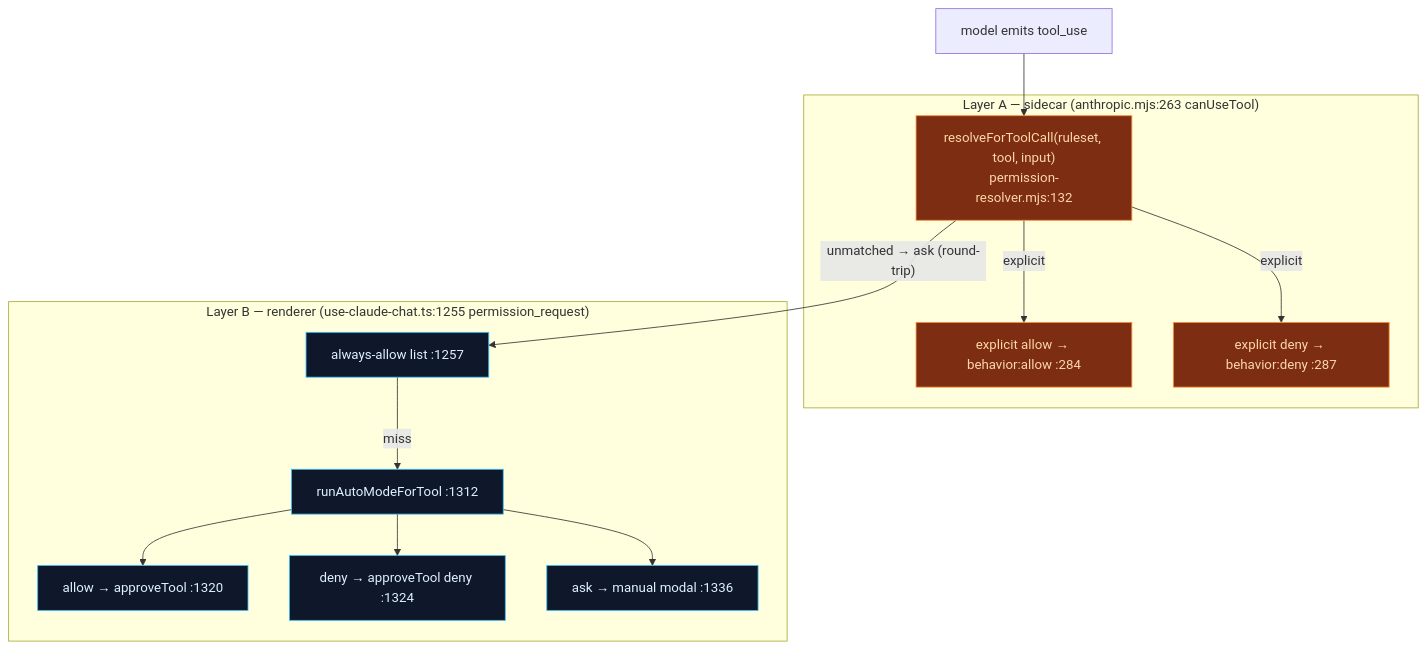
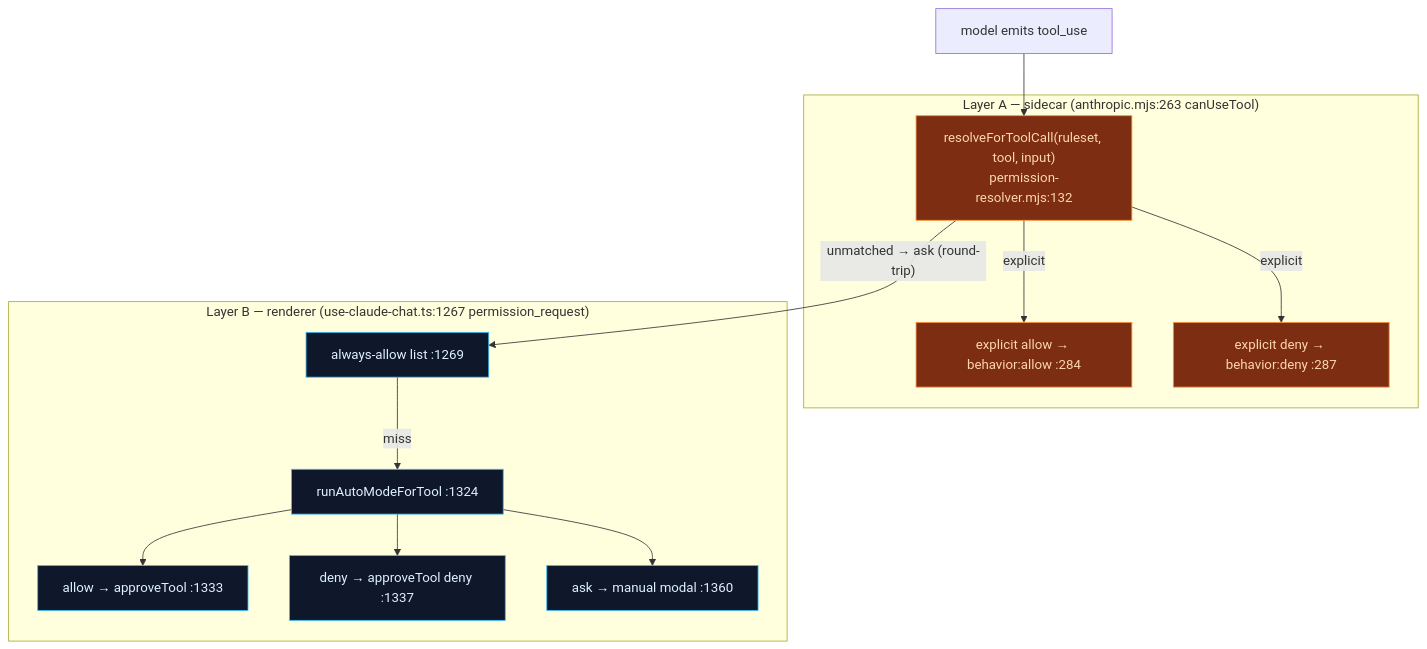
The first of 3 diagrams in docs/content/docs/en/chat/built-in-agent/permissions.mdx (MaxQian888/cognia-next), drawn with Mermaid before and after one commit. The commit also changed other lines of this file and 17 other files, not shown here.

````diff
--- a/docs/content/docs/en/chat/built-in-agent/permissions.mdx
+++ b/docs/content/docs/en/chat/built-in-agent/permissions.mdx
@@ -29,27 +29,27 @@
 ```mermaid
 flowchart TB
   TOOL["model emits tool_use"]
   subgraph A["Layer A — sidecar (anthropic.mjs:263 canUseTool)"]
     RR["resolveForToolCall(ruleset, tool, input)<br/>permission-resolver.mjs:132"]
     EA["explicit allow → behavior:allow :284"]
     ED["explicit deny → behavior:deny :287"]
   end
-  subgraph B["Layer B — renderer (use-claude-chat.ts:1255 permission_request)"]
-    AL["always-allow list :1257"]
-    AM["runAutoModeForTool :1312"]
-    APV["allow → approveTool :1320"]
-    DNY["deny → approveTool deny :1324"]
-    MODAL["ask → manual modal :1336"]
+  subgraph B["Layer B — renderer (use-claude-chat.ts:1267 permission_request)"]
+    AL["always-allow list :1269"]
+    AM["runAutoModeForTool :1324"]
+    APV["allow → approveTool :1333"]
+    DNY["deny → approveTool deny :1337"]
+    MODAL["ask → manual modal :1360"]
   end
 
   TOOL --> RR
   RR -->|explicit| EA & ED
   RR -->|"unmatched → ask (round-trip)"| AL
   AL -->|miss| AM
   AM --> APV & DNY & MODAL
 
   classDef a fill:#7c2d12,stroke:#fb923c,color:#fed7aa
   classDef b fill:#0f172a,stroke:#38bdf8,color:#e0f2fe
   class RR,EA,ED a
   class AL,AM,APV,DNY,MODAL b
 ```
````
